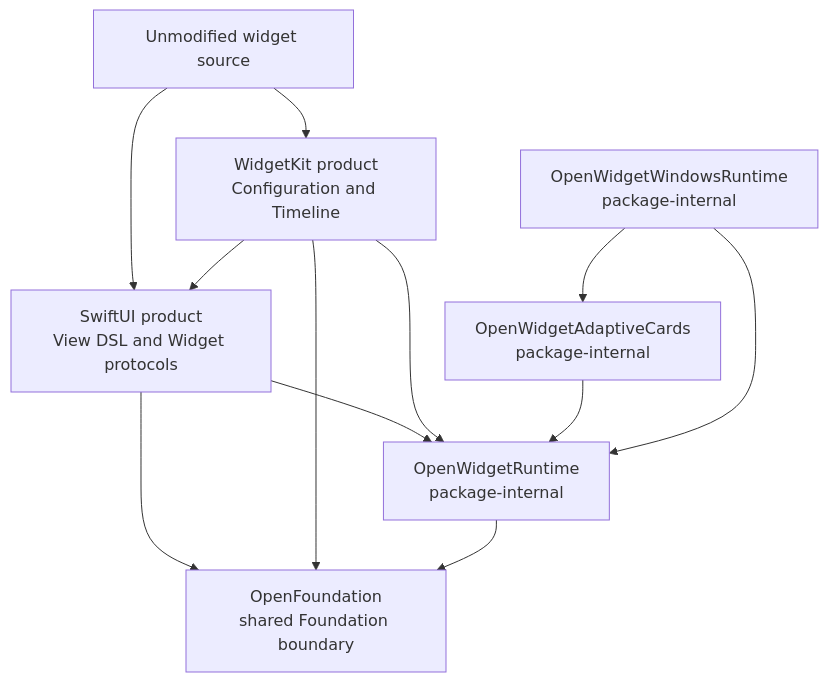
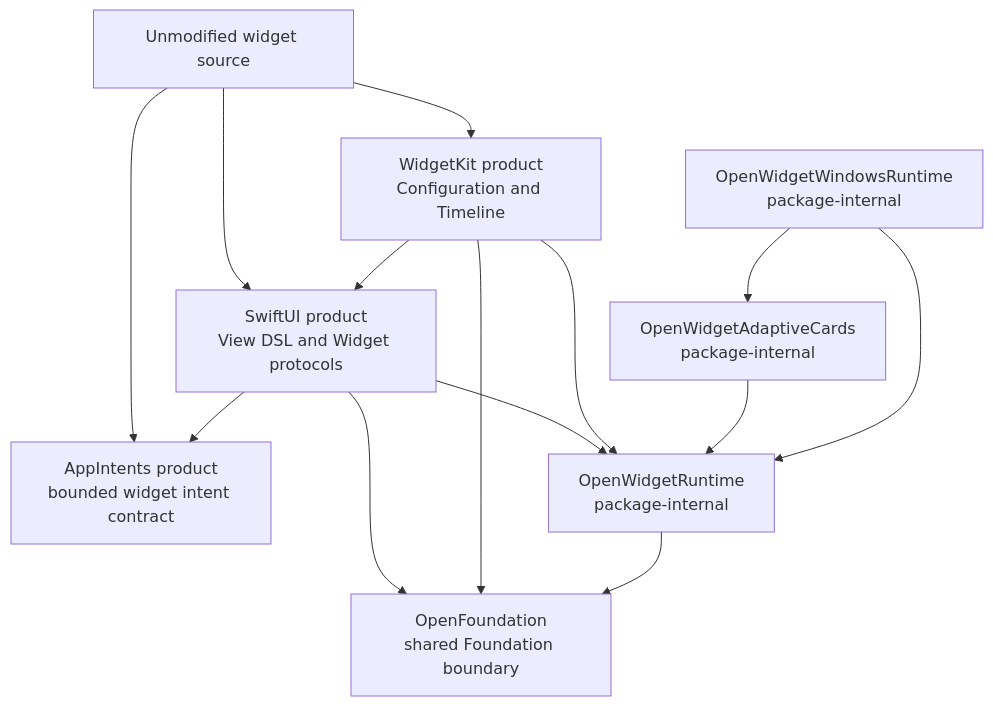
Before and after one commit to 1amageek/OpenWidgetKit: the second of 2 diagrams in README.md, drawn with Mermaid. The commit also changed other lines of this file and 75 other files, not shown here.

````diff
--- a/README.md
+++ b/README.md
@@ -100,22 +135,25 @@
 ```mermaid
 flowchart TD
     App["Unmodified widget source"]
+    AppIntents["AppIntents product<br/>bounded widget intent contract"]
     SwiftUI["SwiftUI product<br/>View DSL and Widget protocols"]
     WidgetKit["WidgetKit product<br/>Configuration and Timeline"]
     Foundation["OpenFoundation<br/>shared Foundation boundary"]
     Runtime["OpenWidgetRuntime<br/>package-internal"]
     Compiler["OpenWidgetAdaptiveCards<br/>package-internal"]
     Host["OpenWidgetWindowsRuntime<br/>package-internal"]
 
+    App --> AppIntents
     App --> SwiftUI
     App --> WidgetKit
     WidgetKit --> SwiftUI
+    SwiftUI --> AppIntents
     SwiftUI --> Foundation
     WidgetKit --> Foundation
     SwiftUI --> Runtime
     WidgetKit --> Runtime
     Runtime --> Foundation
     Compiler --> Runtime
     Host --> Runtime
     Host --> Compiler
 ```
````
